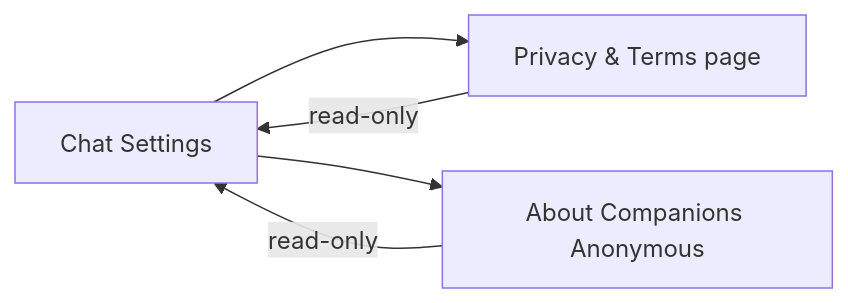
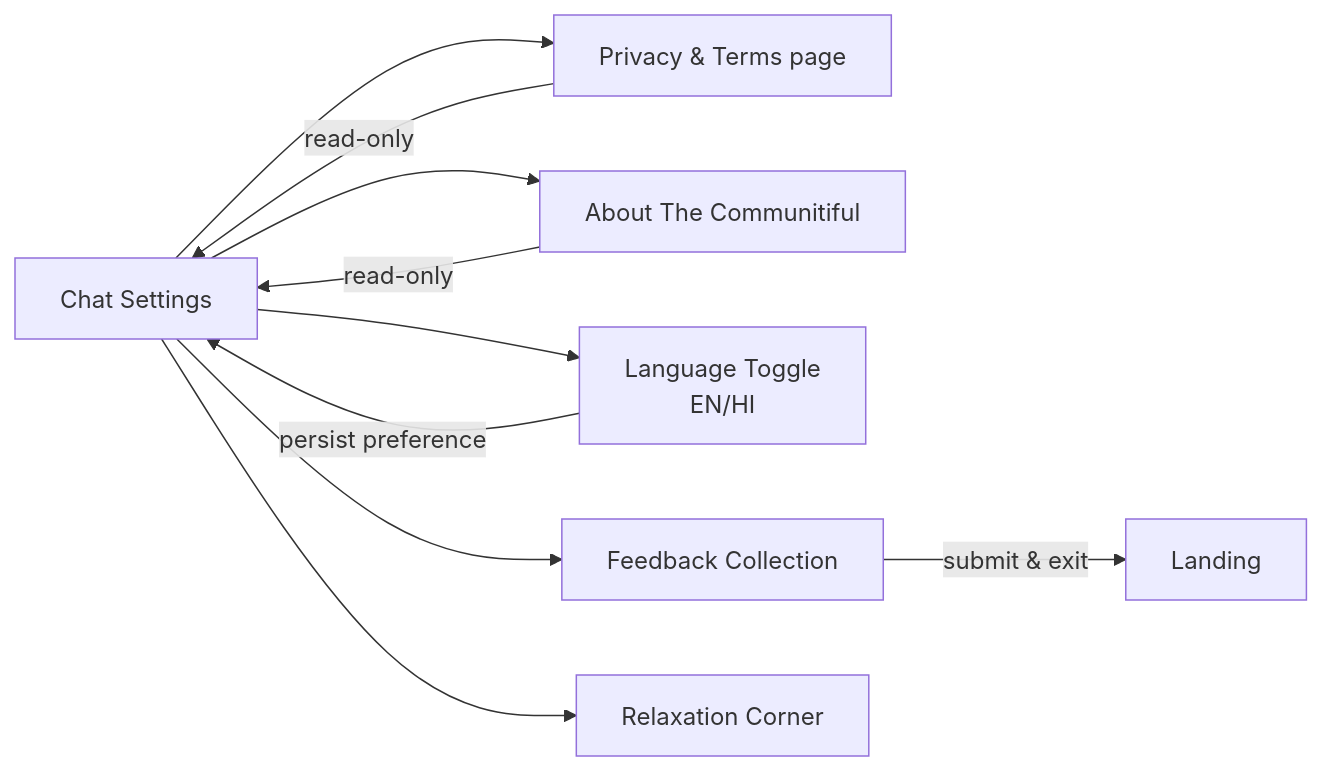
The eighth of 11 diagrams in app_docs/Flow_Diagrams.md (xactai/Communitiful), drawn with Mermaid before and after one commit. The commit also changed other lines of this file and 2 other files, not shown here.

Commit message:
Readme Update, FlowDiagrams Updated, ImplementationDocument Updated

````diff
--- a/app_docs/Flow_Diagrams.md
+++ b/app_docs/Flow_Diagrams.md
@@ -157,8 +179,13 @@
 ```mermaid
 flowchart LR
   A[Chat Settings] --> B[Privacy & Terms page]
-  A --> C[About Companions Anonymous]
+  A --> C[About The Communitiful]
+  A --> D[Language Toggle<br/>EN/HI]
+  A --> E[Feedback Collection]
+  A --> F[Relaxation Corner]
 
   B -->|read-only| A
   C -->|read-only| A
+  D -->|persist preference| A
+  E -->|submit & exit| G[Landing]
 ```
````
